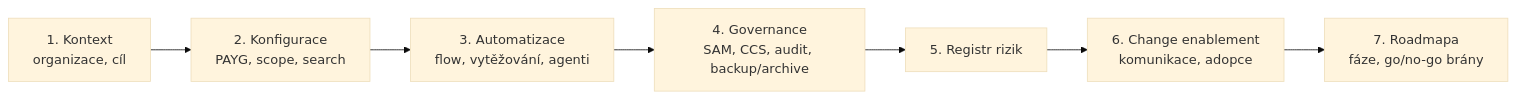
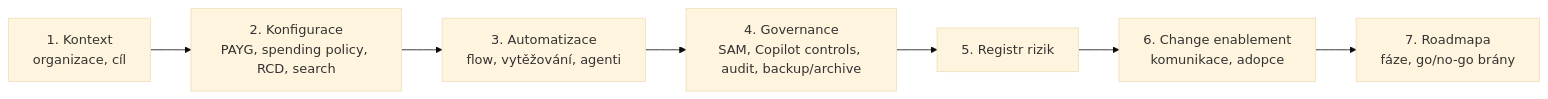
The diagram in day-5/capstone/README.md (MalasekPetr/gopas-goc224), drawn with Mermaid (base theme) before and after one commit. The commit also changed other lines of this file and 60 other files, not shown here.

````diff
--- a/day-5/capstone/README.md
+++ b/day-5/capstone/README.md
@@ -18,9 +18,9 @@
 ```mermaid
 flowchart LR
-  A[1. Kontext<br>organizace, cíl] --> B[2. Konfigurace<br>PAYG, scope, search]
+  A[1. Kontext<br>organizace, cíl] --> B[2. Konfigurace<br>PAYG, spending policy, RCD, search]
   B --> C[3. Automatizace<br>flow, vytěžování, agenti]
-  C --> D[4. Governance<br>SAM, CCS, audit, backup/archive]
+  C --> D[4. Governance<br>SAM, Copilot controls, audit, backup/archive]
   D --> E[5. Registr rizik]
   E --> F[6. Change enablement<br>komunikace, adopce]
   F --> G[7. Roadmapa<br>fáze, go/no-go brány]
 ```
````
